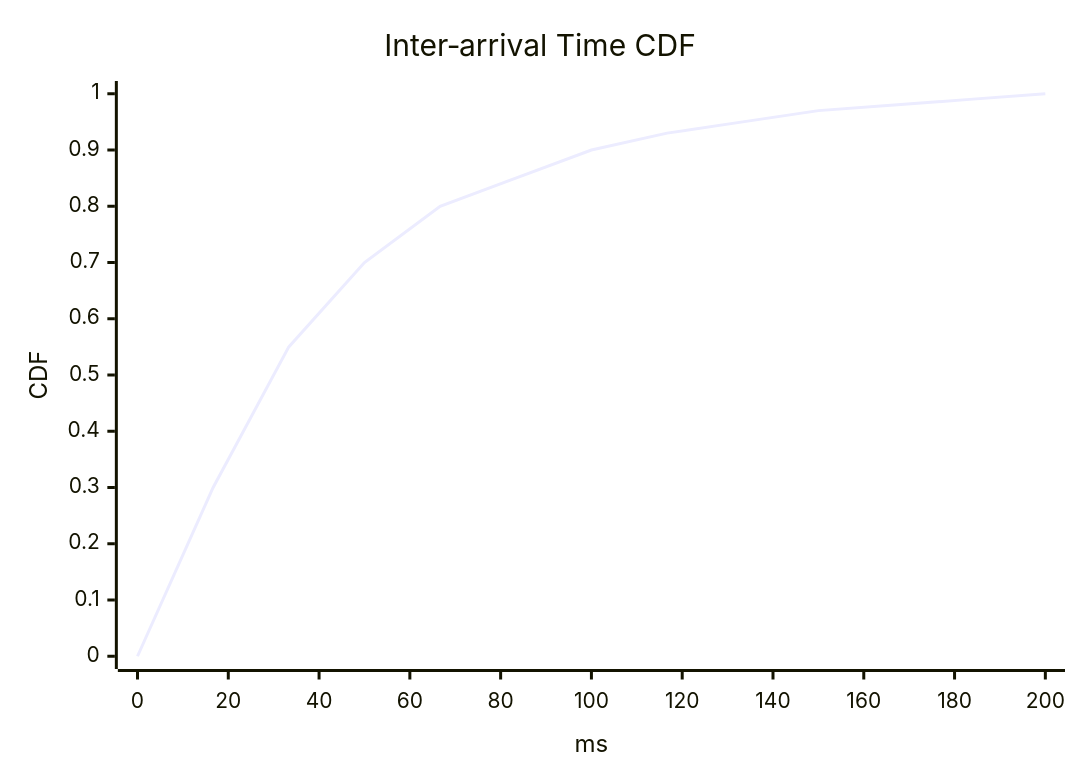
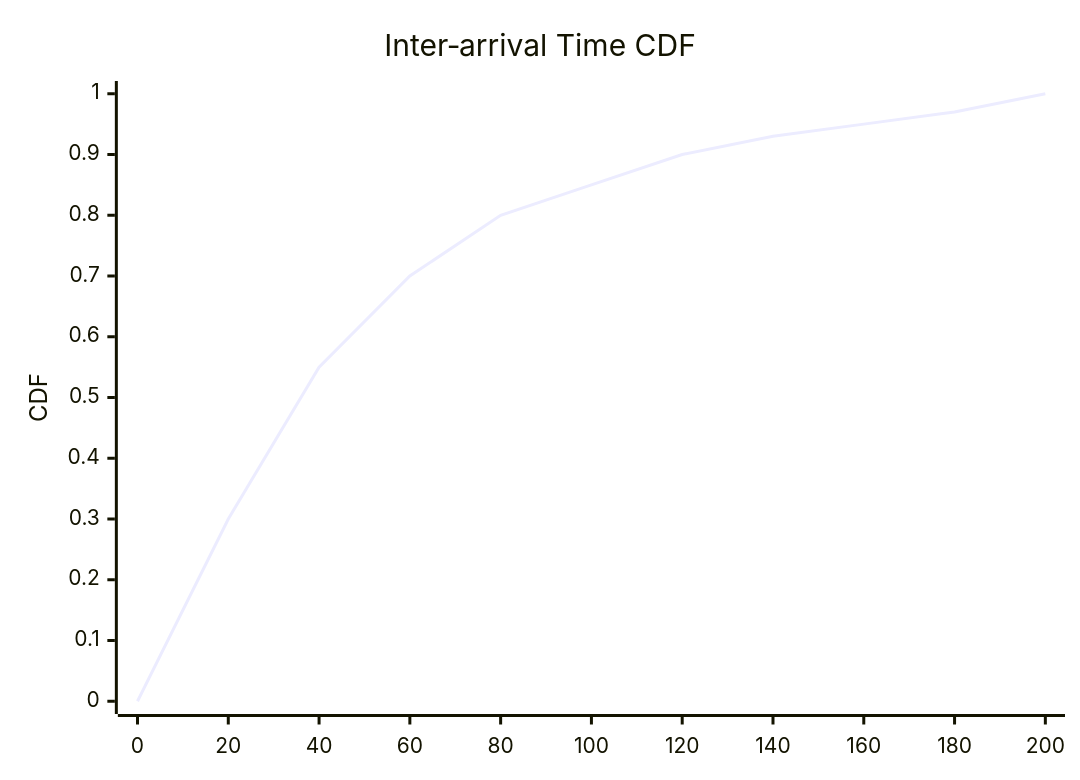
Diagram 16 of 50 in lab0.4/README.md (Shahriarin2garden/vllm_from_scratch), drawn with Mermaid before and after one commit. The commit also changed other lines of this file, not shown here.

Commit message:
Update x-axis labels and improve diagram configurations in README.md for better clarity

````diff
--- a/lab0.4/README.md
+++ b/lab0.4/README.md
@@ -536,7 +542,7 @@
 ```mermaid
 xychart-beta
     title "Inter‑arrival Time CDF"
-    x-axis "ms" 0 --> 200
+    x-axis [0, 20, 40, 60, 80, 100, 120, 140, 160, 180, 200]
     y-axis "CDF" 0 --> 1.0
-    line [0.0, 0.3, 0.55, 0.7, 0.8, 0.85, 0.9, 0.93, 0.95, 0.97, 0.98, 0.99, 1.0]
+    line [0.0, 0.3, 0.55, 0.7, 0.8, 0.85, 0.9, 0.93, 0.95, 0.97, 1.0]
 ```
````
